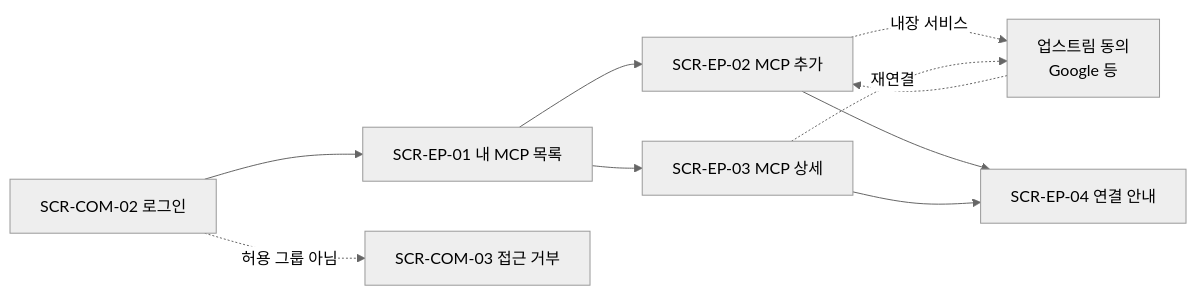
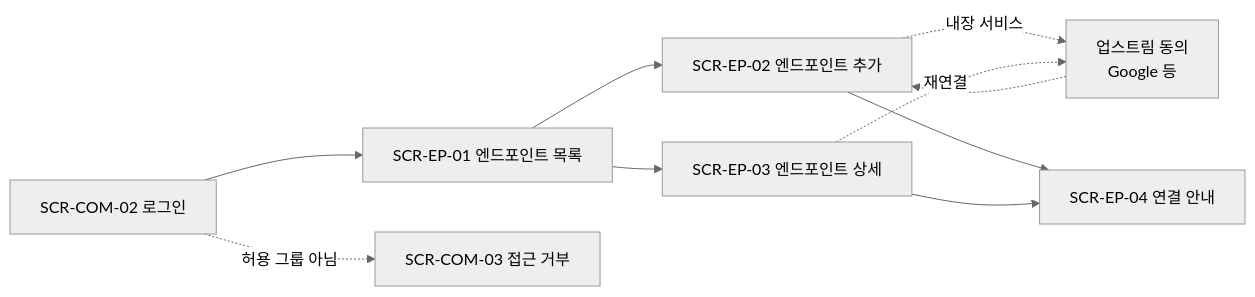
The diagram in docs/screen-definitions/index.md (hojinzs/mcp-outlet), drawn with Mermaid (neutral theme) before and after one commit. The commit also changed other lines of this file and 6 other files, not shown here.

````diff
--- a/docs/screen-definitions/index.md
+++ b/docs/screen-definitions/index.md
@@ -70,10 +70,10 @@
 ```mermaid
 flowchart LR
-  login[SCR-COM-02 로그인] --> home[SCR-EP-01 내 MCP 목록]
+  login[SCR-COM-02 로그인] --> home[SCR-EP-01 엔드포인트 목록]
   login -.허용 그룹 아님.-> forbidden[SCR-COM-03 접근 거부]
-  home --> add[SCR-EP-02 MCP 추가]
+  home --> add[SCR-EP-02 엔드포인트 추가]
   add -.내장 서비스.-> upstream[업스트림 동의<br/>Google 등] -.-> add
   add --> connect[SCR-EP-04 연결 안내]
-  home --> ep[SCR-EP-03 MCP 상세] --> connect
+  home --> ep[SCR-EP-03 엔드포인트 상세] --> connect
   ep -.재연결.-> upstream
 ```
````
